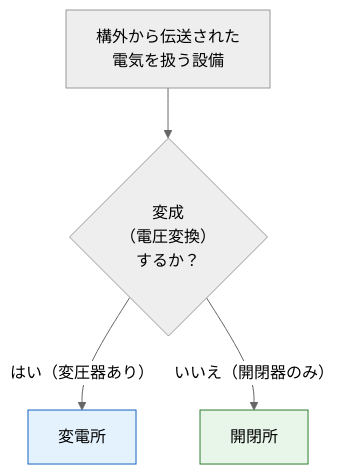
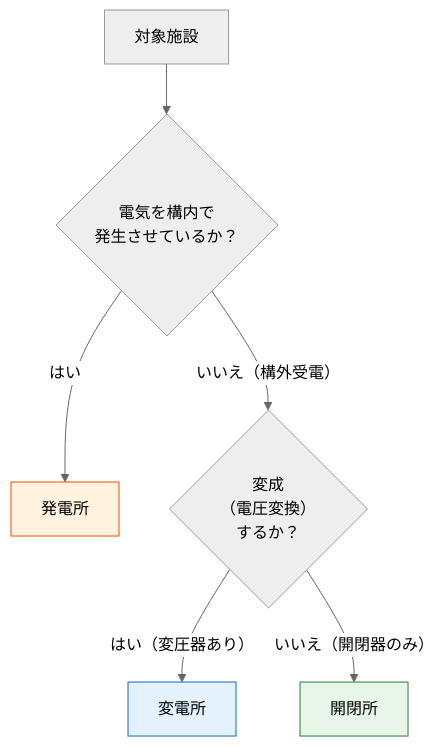
One commit to kfurufuru/denken-wiki changed the diagram in docs/articles/kijun/1.md. Above: the diagram before and after it, drawn with Mermaid (neutral theme). The commit also changed other lines of this file, not shown here.

````diff
--- a/docs/articles/kijun/1.md
+++ b/docs/articles/kijun/1.md
@@ -149,9 +206,12 @@
 ```mermaid
 flowchart TD
-    START["構外から伝送された<br/>電気を扱う設備"] --> Q1{"変成<br/>（電圧変換）<br/>するか？"}
-    Q1 -->|"はい（変圧器あり）"| HEN["変電所"]
-    Q1 -->|"いいえ（開閉器のみ）"| KAI["開閉所"]
+    START["対象施設"] --> Q1{"電気を構内で<br/>発生させているか？"}
+    Q1 -->|"はい"| HATSU["発電所"]
+    Q1 -->|"いいえ（構外受電）"| Q2{"変成<br/>（電圧変換）<br/>するか？"}
+    Q2 -->|"はい（変圧器あり）"| HEN["変電所"]
+    Q2 -->|"いいえ（開閉器のみ）"| KAI["開閉所"]
 
+    style HATSU fill:#fff3e0,stroke:#e65100
     style HEN fill:#e3f2fd,stroke:#1565c0
     style KAI fill:#e8f5e9,stroke:#2e7d32
 ```
````
